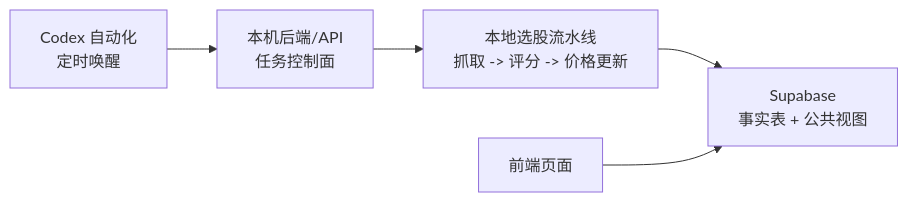
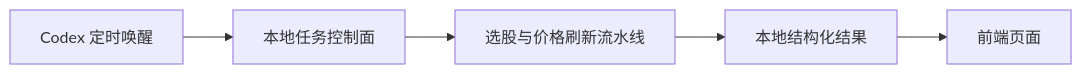
One commit to Lili-big/BullFarm changed the diagram in README.md. Above: the diagram before and after it, drawn with Mermaid. The commit also changed other lines of this file and 62 other files, not shown here.

````diff
--- a/README.md
+++ b/README.md
@@ -9,7 +5,7 @@
 ```mermaid
 flowchart LR
-  A["Codex 自动化<br/>定时唤醒"] --> B["本机后端/API<br/>任务控制面"]
-  B --> C["本地选股流水线<br/>抓取 -> 评分 -> 价格更新"]
-  C --> D["Supabase<br/>事实表 + 公共视图"]
-  E["前端页面"] --> D
+  A["Codex 定时唤醒"] --> B["本地任务控制面"]
+  B --> C["选股与价格刷新流水线"]
+  C --> D["本地结构化结果"]
+  D --> E["前端页面"]
 ```
````
